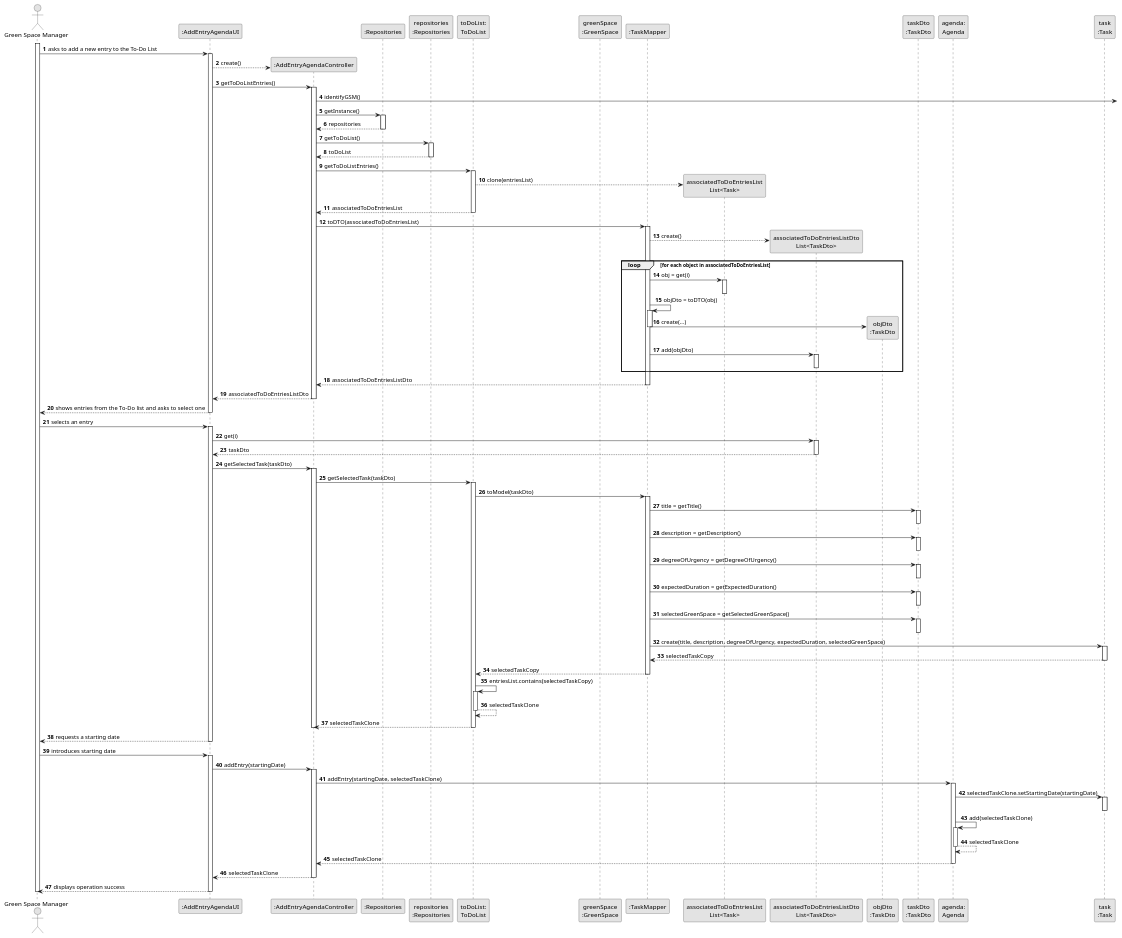
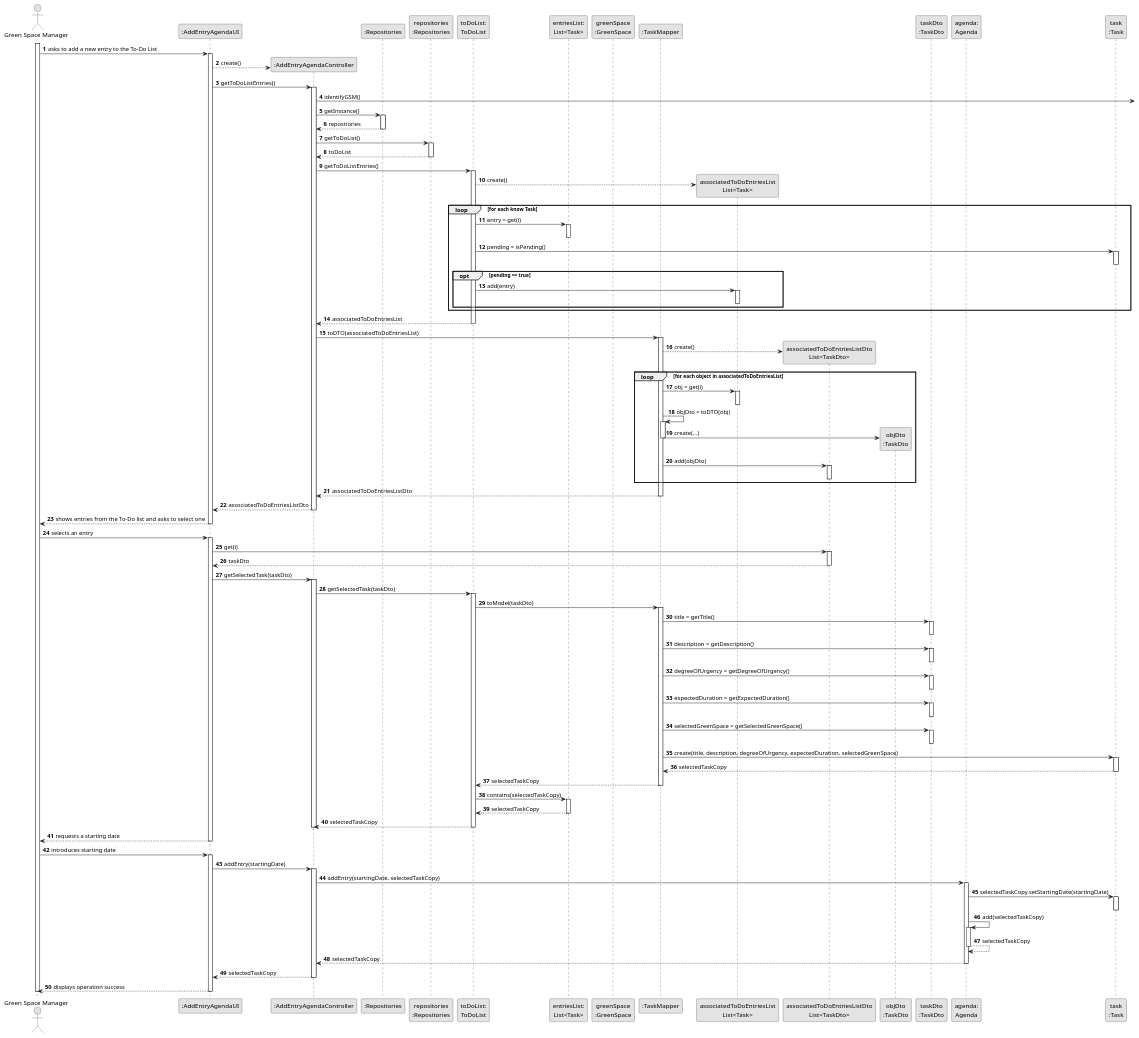
The diagram in docs/sprintC/us022/03.design/puml/us022-sequence-diagram-full.puml (Departamento-de-Engenharia-Informatica/lei-24-s2-1dm-g132), drawn with PlantUML before and after one commit. The commit also changed 1 other file, not shown here.

Commit message:
US22 sequence diagram update

```diff
--- a/docs/sprintC/us022/03.design/puml/us022-sequence-diagram-full.puml
+++ b/docs/sprintC/us022/03.design/puml/us022-sequence-diagram-full.puml
@@ -1,177 +1,199 @@
 @startuml
 skinparam monochrome true
 skinparam packageStyle rectangle
 skinparam shadowing false
 
 autonumber
 
 'hide footbox
 actor "Green Space Manager" as GSM
 participant ":AddEntryAgendaUI" as UI
 participant ":AddEntryAgendaController" as CTRL
 participant ":Repositories" as RepositorySingleton
 participant "repositories\n:Repositories" as PLAT
 participant "toDoList:\nToDoList" as ToDoList
+participant "entriesList:\nList<Task>" as EntriesList
 participant "greenSpace\n:GreenSpace" as greenSpace
 participant ":TaskMapper" as TaskMapper
 participant "associatedToDoEntriesList\nList<Task>" as associatedToDoEntriesList
 participant "associatedToDoEntriesListDto\nList<TaskDto>" as associatedToDoEntriesListDto
 participant "objDto\n:TaskDto" as taskDto
 participant "taskDto\n:TaskDto" as TaskDto
 participant "agenda:\nAgenda" as Agenda
-participant "task\n:Task" as task
+participant "task\n:Task" as Task
 
 activate GSM
 
     GSM -> UI : asks to add a new entry to the To-Do List
     activate UI
 
         UI --> CTRL** : create()
         UI -> CTRL : getToDoListEntries()
         activate CTRL
 
             CTRL -> : identifyGSM()
 
             CTRL -> RepositorySingleton : getInstance()
                 activate RepositorySingleton
 
                     RepositorySingleton --> CTRL: repositories
                 deactivate RepositorySingleton
 
                 CTRL -> PLAT : getToDoList()
                 activate PLAT
 
                     PLAT --> CTRL : toDoList
                 deactivate PLAT
 
                 CTRL -> ToDoList : getToDoListEntries()
                 activate ToDoList
 
-                    ToDoList --> associatedToDoEntriesList** : clone(entriesList)
+                    ToDoList --> associatedToDoEntriesList** : create()
+
+                    loop for each know Task
+
+                        ToDoList -> EntriesList : entry = get(i)
+                        activate EntriesList
+                        deactivate EntriesList
+
+                        ToDoList -> Task : pending = isPending()
+                        activate Task
+                        deactivate Task
+
+                        opt pending == true
+
+                            ToDoList -> associatedToDoEntriesList : add(entry)
+                            activate associatedToDoEntriesList
+                            deactivate associatedToDoEntriesList
+
+                        end opt
+
+                    end loop
+
                     ToDoList --> CTRL : associatedToDoEntriesList
                 deactivate ToDoList
 
                 CTRL -> TaskMapper : toDTO(associatedToDoEntriesList)
                 activate TaskMapper
 
                     TaskMapper --> associatedToDoEntriesListDto** : create()
 
                     loop for each object in associatedToDoEntriesList
                         TaskMapper -> associatedToDoEntriesList : obj = get(i)
                         activate associatedToDoEntriesList
 
                             deactivate associatedToDoEntriesList
 
                         TaskMapper -> TaskMapper : objDto = toDTO(obj)
                         activate TaskMapper
 
                             TaskMapper -> taskDto** :create(...)
                             deactivate TaskMapper
 
                         TaskMapper -> associatedToDoEntriesListDto : add(objDto)
                         activate associatedToDoEntriesListDto
 
                             deactivate associatedToDoEntriesListDto
 
                         end loop
 
                     TaskMapper --> CTRL : associatedToDoEntriesListDto
                     deactivate TaskMapper
 
                 CTRL --> UI : associatedToDoEntriesListDto
                 deactivate CTRL
             UI --> GSM : shows entries from the To-Do list and asks to select one
             deactivate UI
 
         GSM -> UI : selects an entry
         activate UI
 
             UI -> associatedToDoEntriesListDto : get(i)
             activate associatedToDoEntriesListDto
 
                 associatedToDoEntriesListDto --> UI : taskDto
             deactivate associatedToDoEntriesListDto
 
             UI -> CTRL : getSelectedTask(taskDto)
             activate CTRL
 
                 CTRL -> ToDoList : getSelectedTask(taskDto)
                 activate ToDoList
 
                     ToDoList -> TaskMapper : toModel(taskDto)
                     activate TaskMapper
 
                         TaskMapper -> TaskDto : title = getTitle()
                         activate TaskDto
                         deactivate TaskDto
 
                         TaskMapper -> TaskDto : description = getDescription()
                         activate TaskDto
                         deactivate TaskDto
 
                         TaskMapper -> TaskDto : degreeOfUrgency = getDegreeOfUrgency()
                         activate TaskDto
                         deactivate TaskDto
 
                         TaskMapper -> TaskDto : expectedDuration = getExpectedDuration()
                         activate TaskDto
                         deactivate TaskDto
 
                         TaskMapper -> TaskDto : selectedGreenSpace = getSelectedGreenSpace()
                         activate TaskDto
                         deactivate TaskDto
 
-                        TaskMapper -> task : create(title, description, degreeOfUrgency, expectedDuration, selectedGreenSpace)
-                        activate task
+                        TaskMapper -> Task : create(title, description, degreeOfUrgency, expectedDuration, selectedGreenSpace)
+                        activate Task
 
-                            task --> TaskMapper : selectedTaskCopy
-                        deactivate task
+                            Task --> TaskMapper : selectedTaskCopy
+                        deactivate Task
 
                         TaskMapper --> ToDoList : selectedTaskCopy
                         deactivate TaskMapper
 
-                    ToDoList -> ToDoList: entriesList.contains(selectedTaskCopy)
-                    activate ToDoList
+                    ToDoList -> EntriesList: contains(selectedTaskCopy)
+                    activate EntriesList
 
-                        ToDoList --> ToDoList : selectedTaskClone
-                    deactivate ToDoList
+                        EntriesList --> ToDoList : selectedTaskCopy
+                    deactivate EntriesList
 
-                    ToDoList --> CTRL : selectedTaskClone
+                    ToDoList --> CTRL : selectedTaskCopy
                     deactivate ToDoList
 
                 deactivate CTRL
 
             UI --> GSM : requests a starting date
             deactivate UI
 
         GSM -> UI : introduces starting date
         activate UI
 
             UI -> CTRL : addEntry(startingDate)
             activate CTRL
 
-                CTRL -> Agenda : addEntry(startingDate, selectedTaskClone)
+                CTRL -> Agenda : addEntry(startingDate, selectedTaskCopy)
                 activate Agenda
 
-                    Agenda -> task : selectedTaskClone.setStartingDate(startingDate)
-                    activate task
-                    deactivate task
+                    Agenda -> Task : selectedTaskCopy.setStartingDate(startingDate)
+                    activate Task
+                    deactivate Task
 
-                    Agenda -> Agenda : add(selectedTaskClone)
+                    Agenda -> Agenda : add(selectedTaskCopy)
                     activate Agenda
 
-                        Agenda --> Agenda : selectedTaskClone
+                        Agenda --> Agenda : selectedTaskCopy
                     deactivate Agenda
 
-                    Agenda --> CTRL : selectedTaskClone
+                    Agenda --> CTRL : selectedTaskCopy
                     deactivate Agenda
 
-                CTRL --> UI : selectedTaskClone
+                CTRL --> UI : selectedTaskCopy
                 deactivate CTRL
 
             UI --> GSM : displays operation success
             deactivate UI
 
         deactivate GSM
 
 @enduml
```
